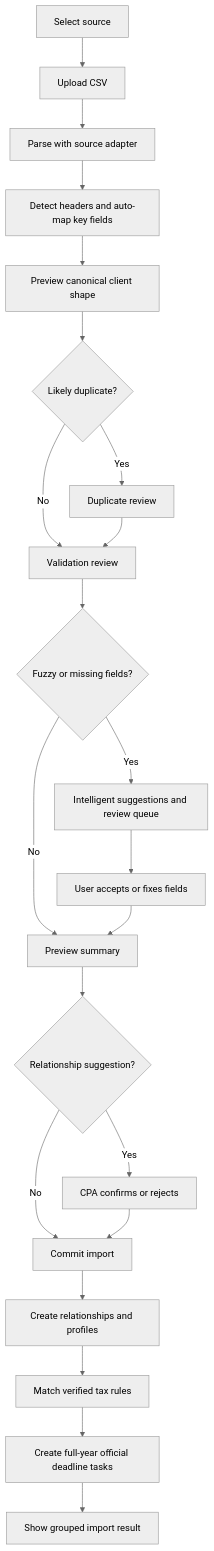
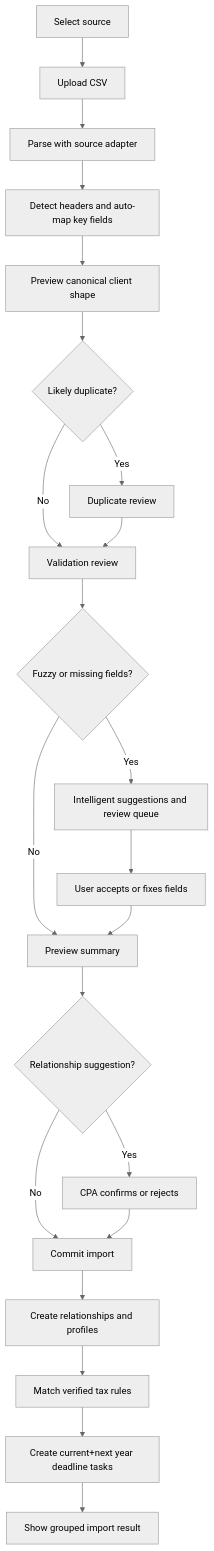
Before and after one commit to Yessenia-d/DueDateHQ: the diagram in specs/csv-imports.zh.md, drawn with Mermaid (neutral theme). The commit also changed other lines of this file and 16 other files, not shown here.

````diff
--- a/specs/csv-imports.zh.md
+++ b/specs/csv-imports.zh.md
@@ -25,24 +25,24 @@
 ```mermaid
 flowchart TD
   A[Select source] --> B[Upload CSV]
   B --> C[Parse with source adapter]
   C --> D[Detect headers and auto-map key fields]
   D --> E[Preview canonical client shape]
   E --> N{Likely duplicate?}
   N -- Yes --> O[Duplicate review]
   N -- No --> P[Validation review]
   O --> P
   P --> Q{Fuzzy or missing fields?}
   Q -- Yes --> F[Intelligent suggestions and review queue]
   F --> G[User accepts or fixes fields]
   Q -- No --> H[Preview summary]
   G --> H
   H --> R{Relationship suggestion?}
   R -- Yes --> S[CPA confirms or rejects]
   R -- No --> I[Commit import]
   S --> I
   I --> J[Create relationships and profiles]
   J --> K[Match verified tax rules]
-  K --> L[Create full-year official deadline tasks]
+  K --> L[Create current+next year deadline tasks]
   L --> M[Show grouped import result]
 ```
````
